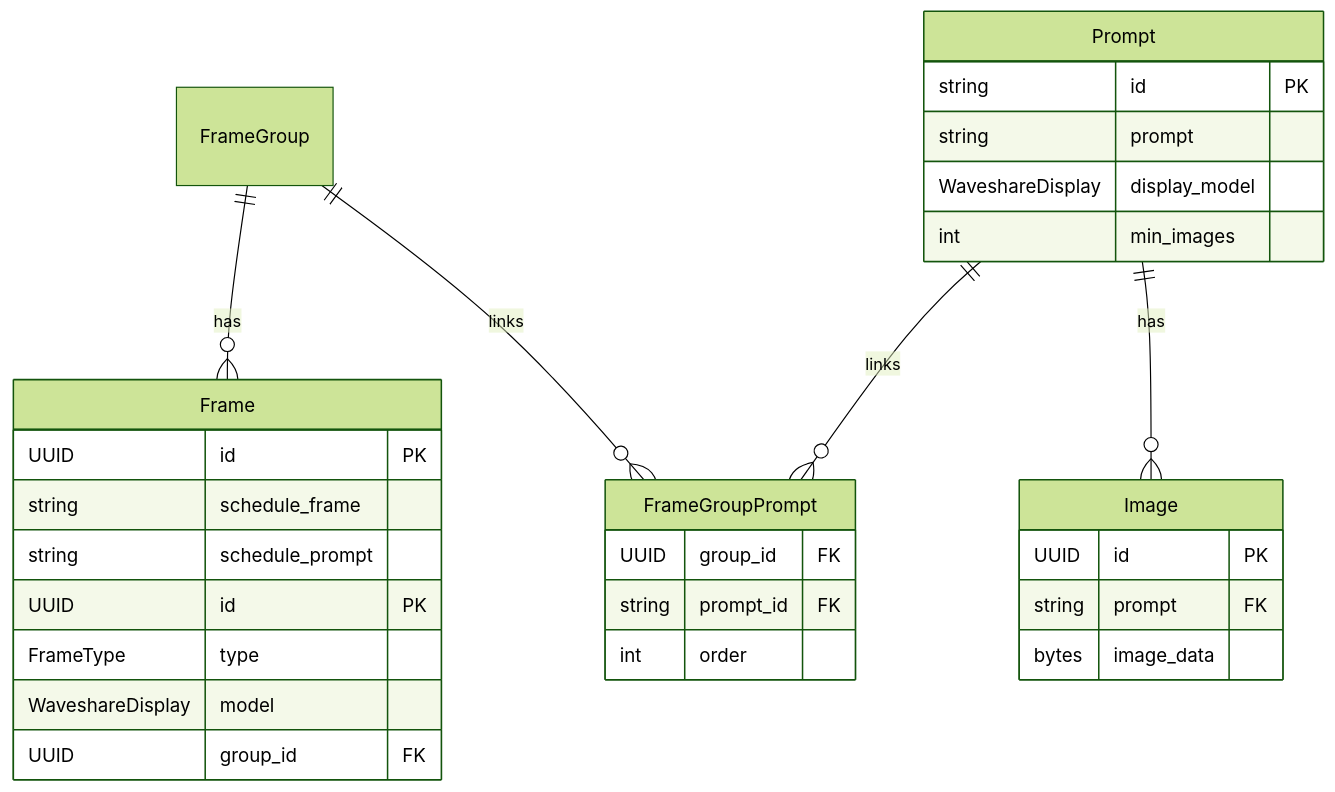
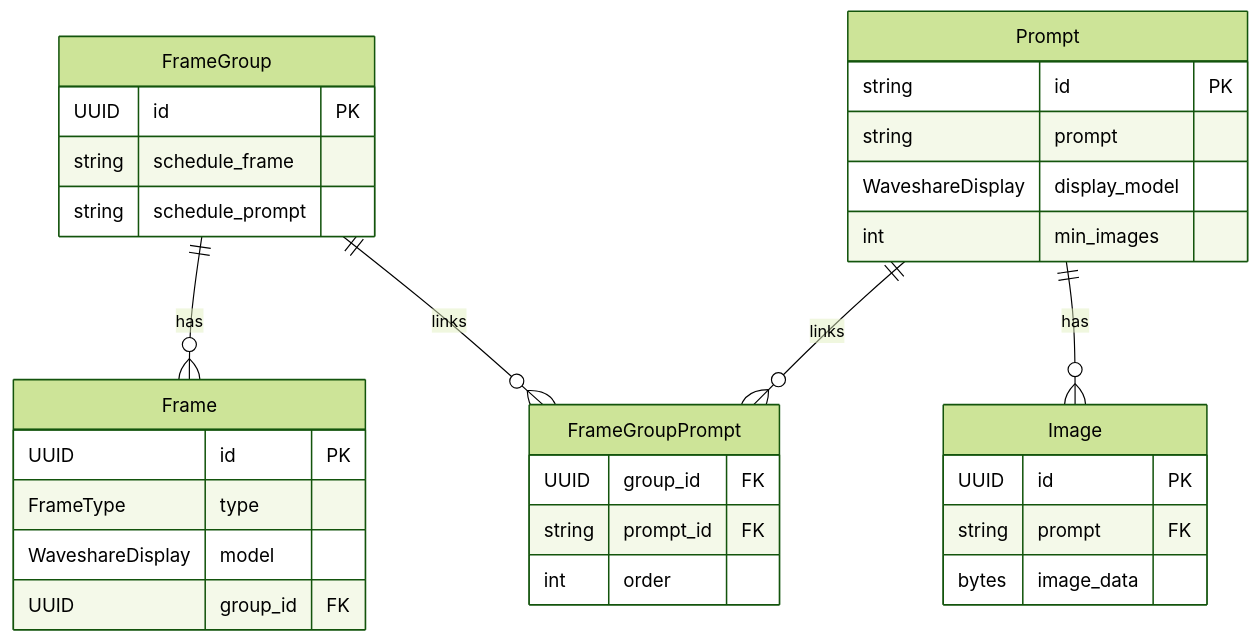
One commit to charnley/eink-art-gallery changed the diagram in services/canvas_coordinator/readme.md. Above: the diagram before and after it, drawn with Mermaid (forest theme).

````diff
--- a/services/canvas_coordinator/readme.md
+++ b/services/canvas_coordinator/readme.md
@@ -6,40 +6,40 @@
 ```mermaid
 erDiagram
     FrameGroup ||--o{ Frame : "has"
     FrameGroup ||--o{ FrameGroupPrompt : "links"
     Prompt ||--o{ FrameGroupPrompt : "links"
     Prompt ||--o{ Image : "has"
 
-    Frame {
+    FrameGroup {
         UUID id PK
         string schedule_frame
         string schedule_prompt
     }
 
     FrameGroupPrompt {
         UUID group_id FK
         string prompt_id FK
         int order
     }
 
     Frame {
         UUID id PK
         FrameType type
         WaveshareDisplay model
         UUID group_id FK
     }
 
     Prompt {
         string id PK
         string prompt
         WaveshareDisplay display_model
         int min_images
     }
 
     Image {
         UUID id PK
         string prompt FK
         bytes image_data
     }
 
 ```
````
